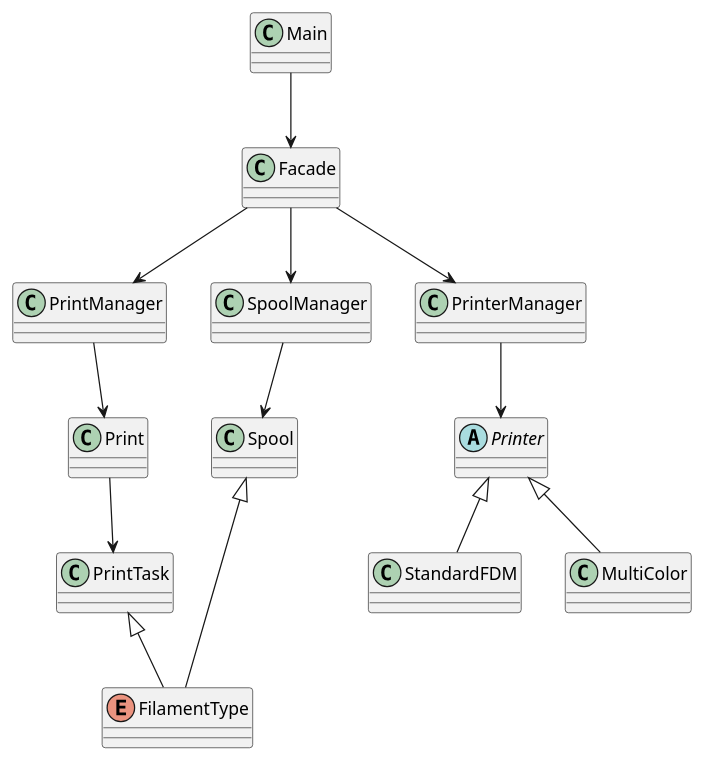
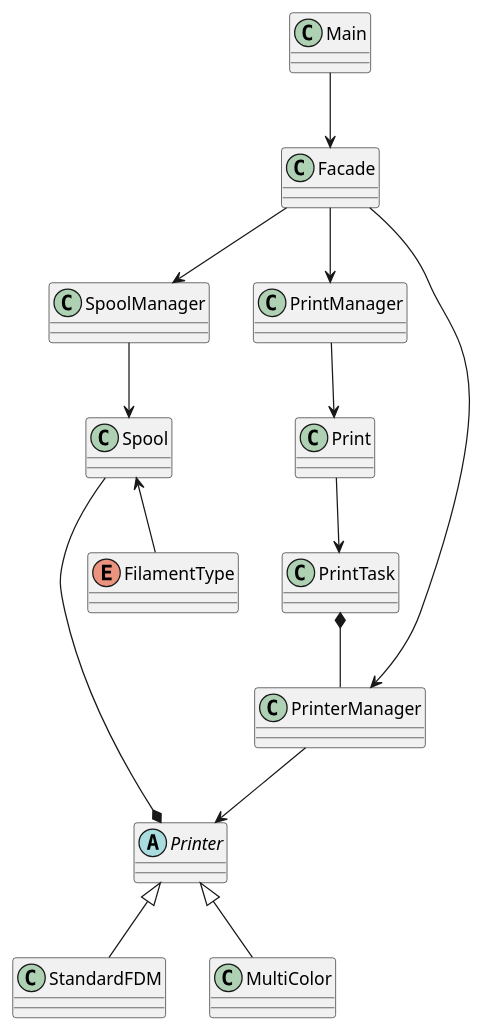
Before and after one commit to rtavares14/System-Design: the diagram in docs/Diagrams/Class Diagram 2.1 1part.puml, drawn with PlantUML. The commit also changed 1 other file, not shown here.

Commit message:
Diagrams and more diagrams part 2

```diff
--- a/docs/Diagrams/Class Diagram 2.1 1part.puml
+++ b/docs/Diagrams/Class Diagram 2.1 1part.puml
@@ -1,37 +1,38 @@
 @startuml
 'https://plantuml.com/sequence-diagram
 
 class Main{}
 class Facade{}
 class PrintManager{}
 class SpoolManager{}
 class PrinterManager{}
 abstract class Printer{}
 class Spool{}
 class Print{}
 class StandardFDM{}
 class MultiColor{}
 class PrintTask{}
 enum FilamentType{}
 
 
 Main -down-> Facade
 
+Facade -down-> SpoolManager
+SpoolManager -down-> Spool
+Spool <-- FilamentType
+Spool --* Printer
+
 Facade -down-> PrintManager
 PrintManager -down-> Print
 Print -down-> PrintTask
-PrintTask <|-- FilamentType
-
-Facade -down-> SpoolManager
-SpoolManager -down-> Spool
-Spool <|-- FilamentType
+PrintTask *-- PrinterManager
 
 Facade -down-> PrinterManager
 PrinterManager -down-> Printer
 Printer <|-- StandardFDM
 Printer <|-- MultiColor
 
 
 
 
 @enduml
```
